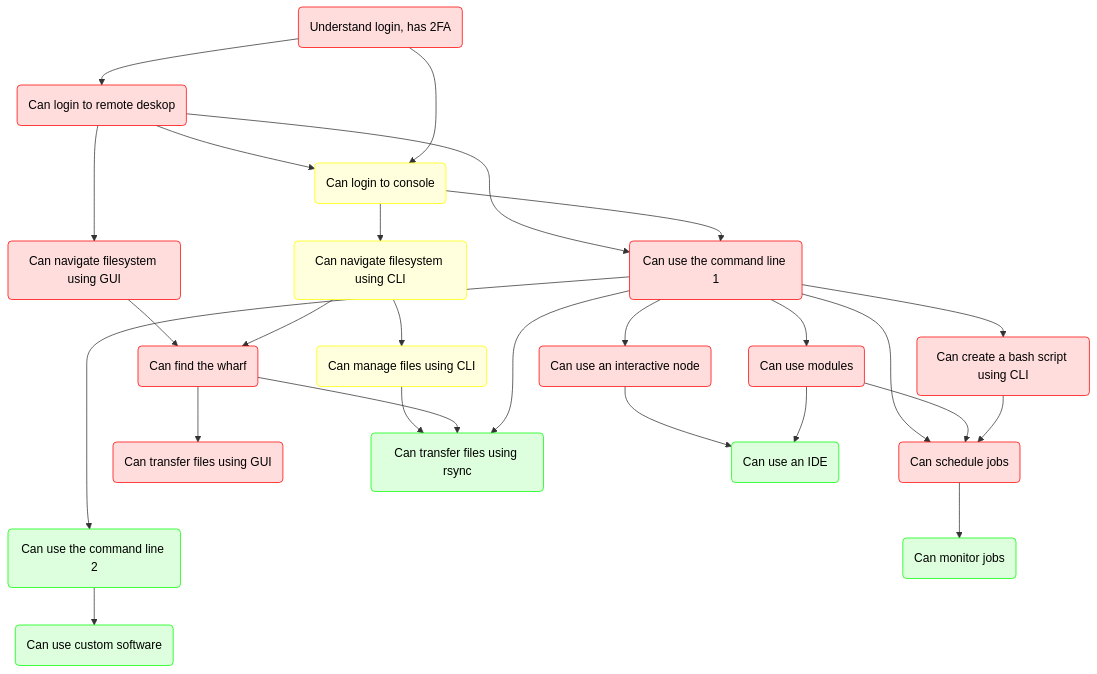
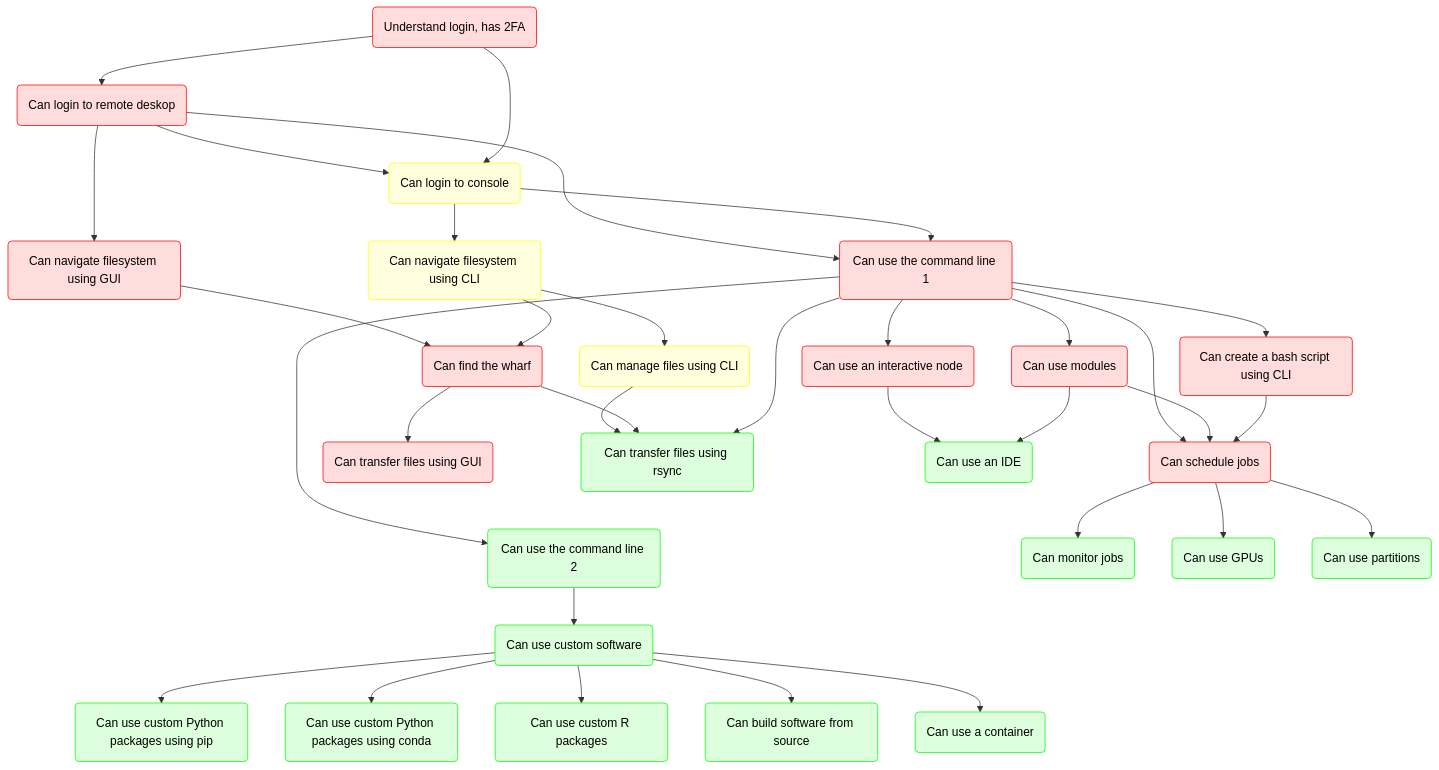
Before and after one commit to UPPMAX/bianca_workshop: the diagram in docs/intro.md, drawn with Mermaid.

Commit message:
Update overview

````diff
--- a/docs/intro.md
+++ b/docs/intro.md
@@ -101,7 +101,15 @@
       can_tranfer_files_using_rsync(Can transfer files using rsync):::intermediate_node
       can_use_command_line_2(Can use the command line 2):::intermediate_node
       can_use_custom_software(Can use custom software):::intermediate_node
+      can_use_custom_python_pip(Can use custom Python packages using pip):::intermediate_node
+      can_use_custom_python_conda(Can use custom Python packages using conda):::intermediate_node
+      can_use_custom_r(Can use custom R packages):::intermediate_node
+      can_use_container(Can use a container):::intermediate_node
+      can_build_from_source(Can build software from source):::intermediate_node
+
       can_monitor_jobs(Can monitor jobs):::intermediate_node
+      can_use_gpus(Can use GPUs):::intermediate_node
+      can_use_partitions(Can use partitions):::intermediate_node
       can_use_ide(Can use an IDE):::intermediate_node
     %% end
     %% style sub_intermediate_use fill:#ffc,color:#000,stroke:#ffc
@@ -131,6 +139,8 @@
     can_manage_files_using_cli --> can_tranfer_files_using_rsync
     can_find_wharf --> can_tranfer_files_using_rsync
     can_schedule_jobs --> can_monitor_jobs
+    can_schedule_jobs --> can_use_gpus
+    can_schedule_jobs --> can_use_partitions
     can_use_interactive_node --> can_use_ide
     can_use_modules --> can_use_ide
 
@@ -141,4 +151,10 @@
     %% Intermediate
     can_use_command_line_1 --> can_tranfer_files_using_rsync
     can_use_command_line_2 --> can_use_custom_software
+
+    can_use_custom_software --> can_use_custom_python_pip
+    can_use_custom_software --> can_use_custom_python_conda
+    can_use_custom_software --> can_use_custom_r
+    can_use_custom_software --> can_build_from_source
+    can_use_custom_software --> can_use_container
 ```
````
